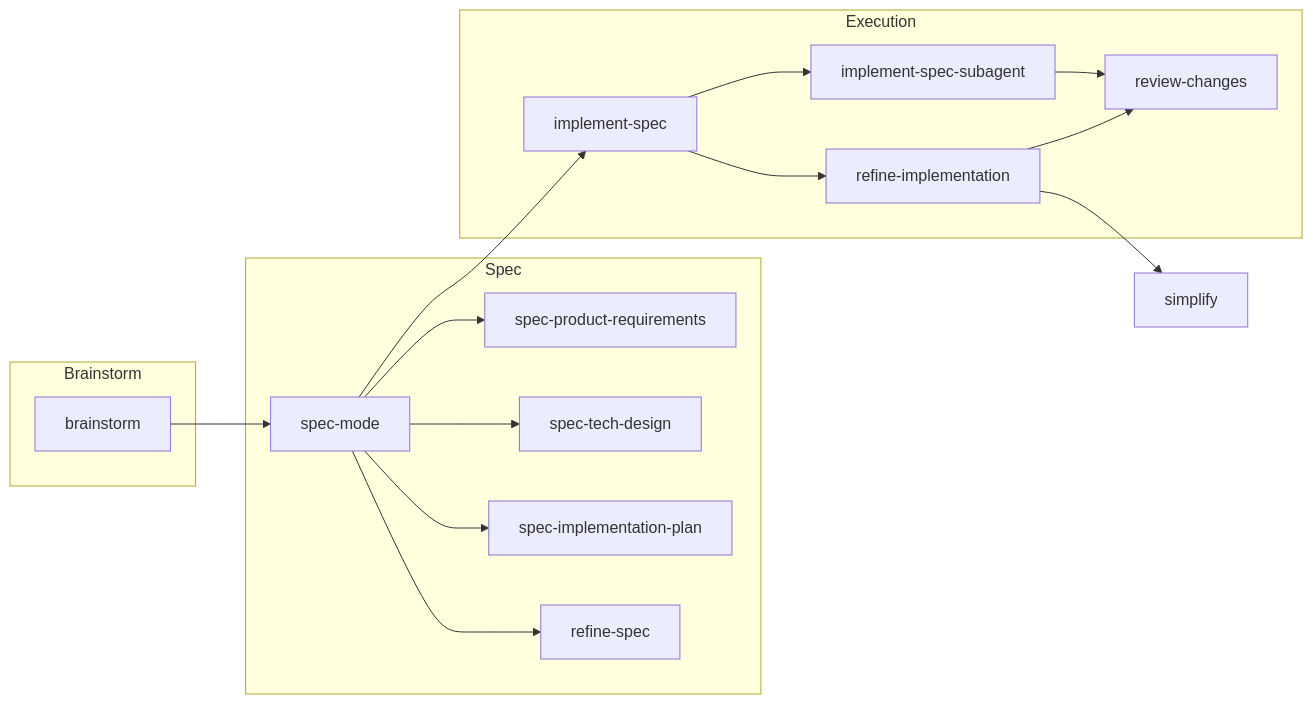
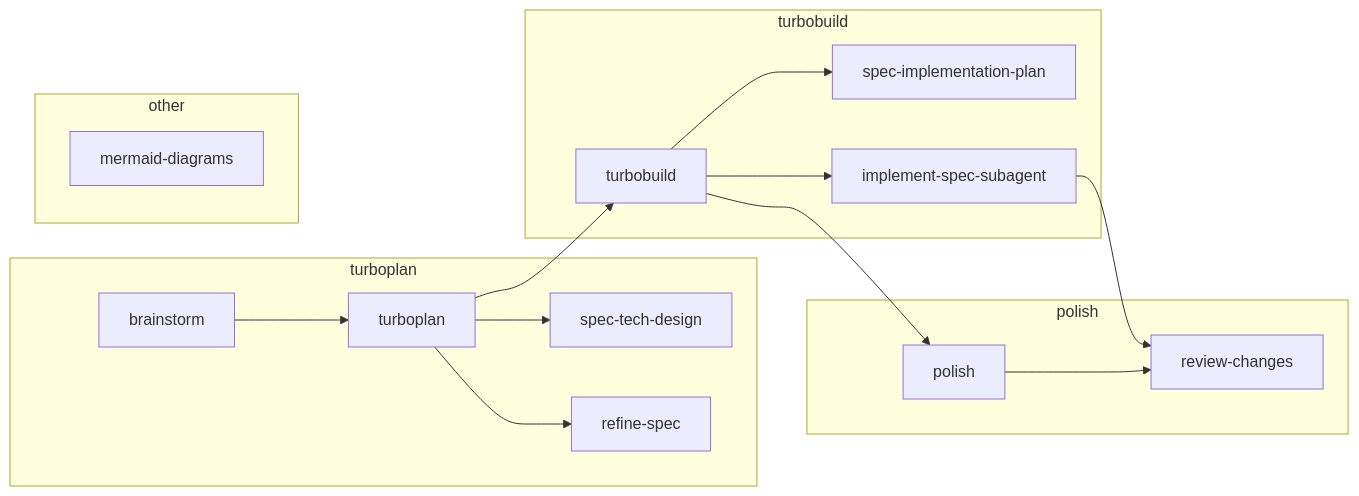
The diagram in docs/skills.md (rstacruz/agentic-toolkit), drawn with Mermaid before and after one commit. The commit also changed other lines of this file and 36 other files, not shown here.

First line of the commit message:
New: turboplan and turbobuild (v26.04) (#6)

````diff
--- a/docs/skills.md
+++ b/docs/skills.md
@@ -5,31 +5,31 @@
 ```mermaid
 graph LR
-  brainstorm --> specmode["spec-mode"]
-  specmode --> specprod["spec-product-requirements"]
-  specmode --> spectech["spec-tech-design"]
-  specmode --> specimpl["spec-implementation-plan"]
-  specmode --> refinespec["refine-spec"]
-  specmode --> implspec["implement-spec"]
-  implspec --> implsubagent["implement-spec-subagent"]
-  implspec --> refineimpl
+  brainstorm --> turboplan["turboplan"]
+  turboplan --> spectech["spec-tech-design"]
+  turboplan --> refinespec["refine-spec"]
+  turboplan --> turbobuild["turbobuild"]
+  turbobuild --> specimpl["spec-implementation-plan"]
+  turbobuild --> implsubagent["implement-spec-subagent"]
+  turbobuild --> polish
   implsubagent --> reviewchanges["review-changes"]
-  refineimpl["refine-implementation"] --> reviewchanges
-  refineimpl --> simplify["simplify"]
+  polish["polish"] --> reviewchanges
 
-  subgraph Brainstorm
+  subgraph turboplan_group["turboplan"]
     brainstorm
-  end
-  subgraph Spec
-    specmode
-    specprod
+    turboplan
     spectech
-    specimpl
     refinespec
   end
-  subgraph Execution
-    implspec
+  subgraph turbobuild_group["turbobuild"]
+    turbobuild
+    specimpl
     implsubagent
-    refineimpl
+  end
+  subgraph polish_group["polish"]
+    polish
     reviewchanges
   end
+  subgraph other_group["other"]
+    mermaid["mermaid-diagrams"]
+  end
 ```
````
